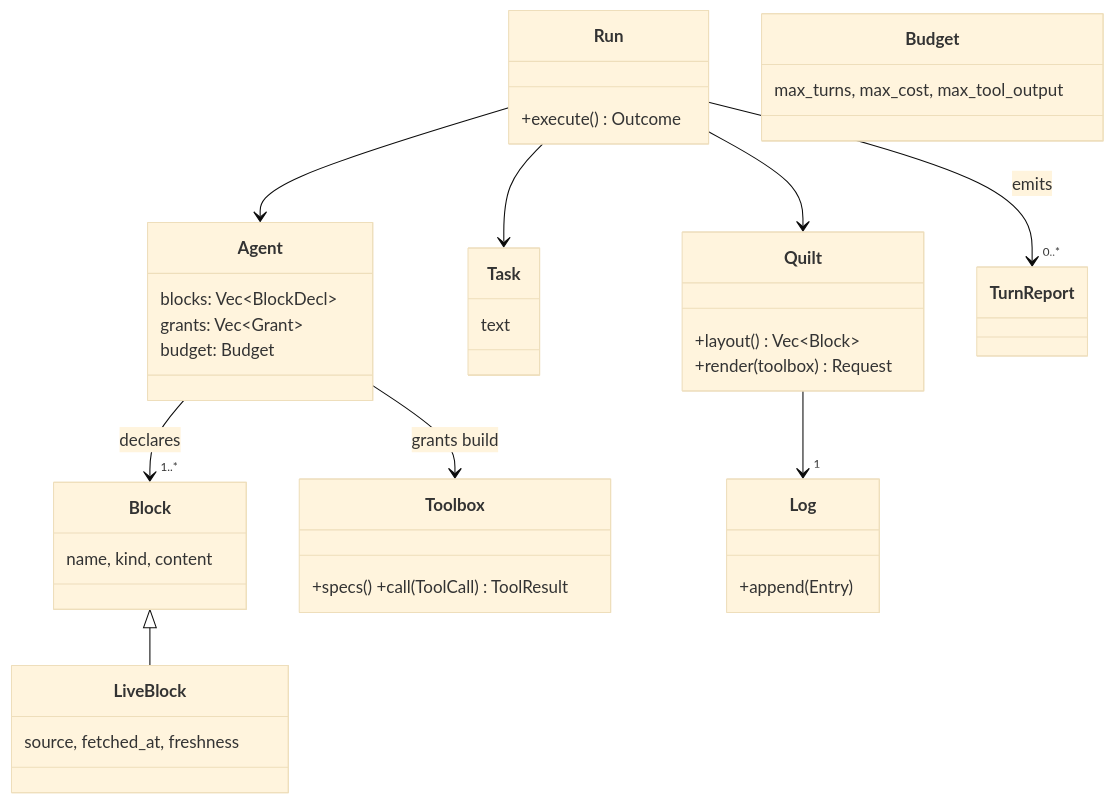
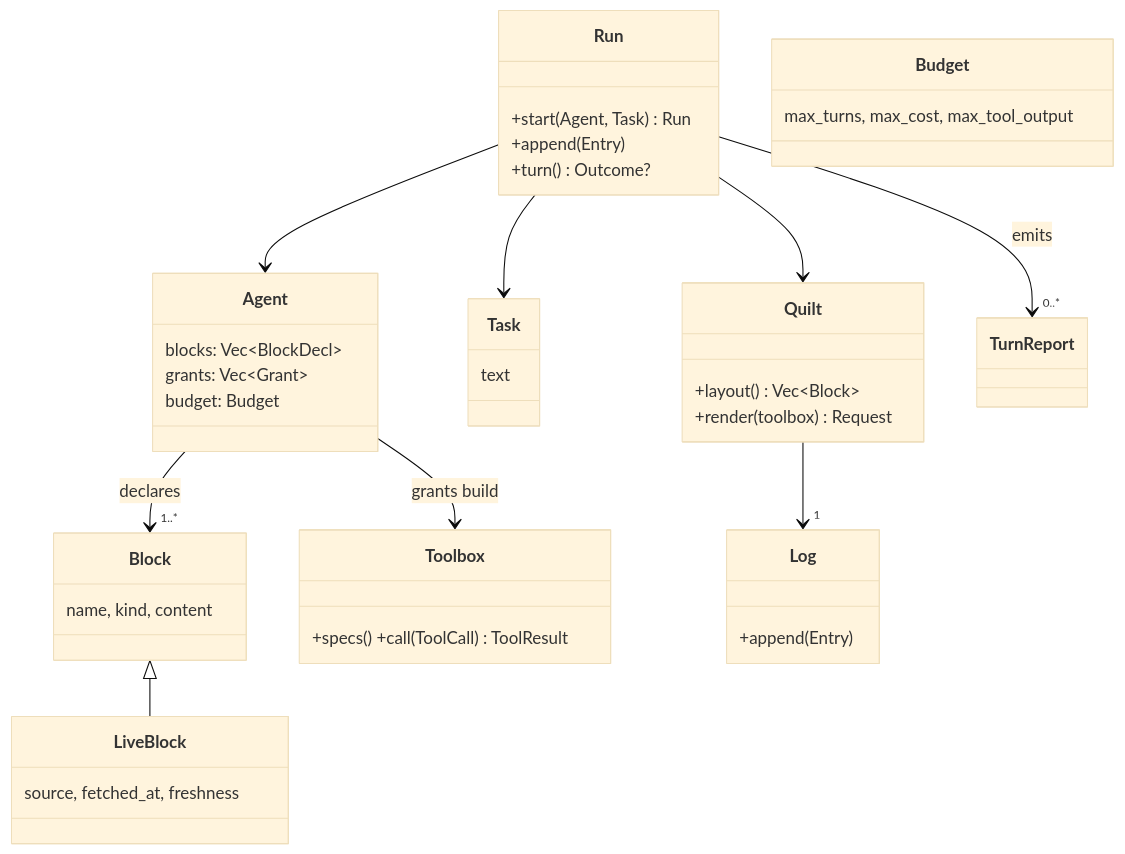
The second of 4 diagrams in context/domain-design.spec.md (reccles/fussycat), drawn with Mermaid (base theme) before and after one commit. The commit also changed other lines of this file and 17 other files, not shown here.

First line of the commit message:
Split one turn out of the run loop; fix failed-call retries and last-turn tools (#1)

````diff
--- a/context/domain-design.spec.md
+++ b/context/domain-design.spec.md
@@ -62,28 +62,32 @@
 ```mermaid
 classDiagram
     class Agent {
         blocks: Vec~BlockDecl~
         grants: Vec~Grant~
         budget: Budget
     }
     class Task { text }
-    class Run { +execute() Outcome }
+    class Run {
+        +start(Agent, Task) Run
+        +append(Entry)
+        +turn() Outcome?
+    }
     class Quilt {
         +layout() Vec~Block~
         +render(toolbox) Request
     }
     class Block { name, kind, content }
     class LiveBlock { source, fetched_at, freshness }
     class Log { +append(Entry) }
     class Toolbox { +specs() +call(ToolCall) ToolResult }
     class Budget { max_turns, max_cost, max_tool_output }
     class TurnReport
     Agent --> "1..*" Block : declares
     Agent --> Toolbox : grants build
     Run --> Agent
     Run --> Task
     Run --> Quilt
     Run --> "0..*" TurnReport : emits
     Quilt --> "1" Log
     Block <|-- LiveBlock
 ```
````
